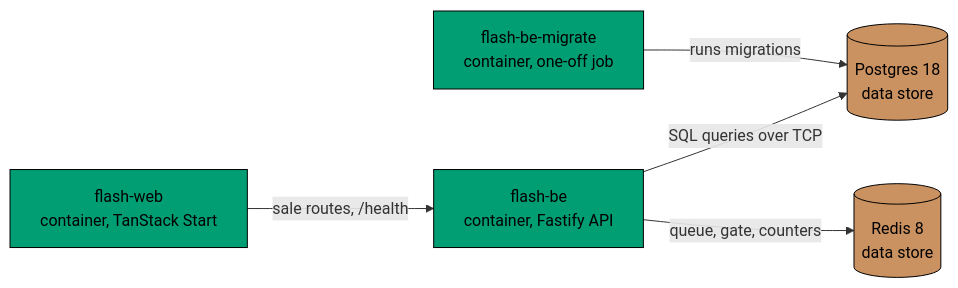
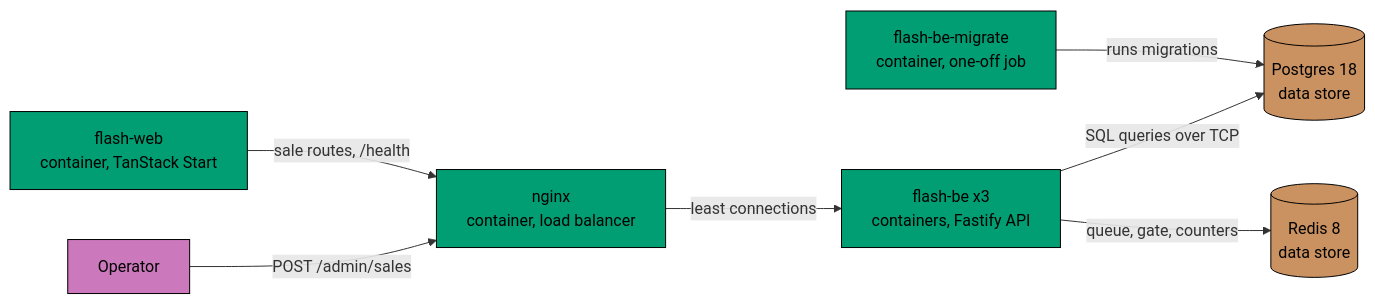
Before and after one commit to wahidyankf/coding-itv-js-flashsale: the diagram in specs/flash/architecture/containers.md, drawn with Mermaid. The commit also changed other lines of this file and 7 other files, not shown here.

First line of the commit message:
feat(deploy): run three API instances behind nginx in production

````diff
--- a/specs/flash/architecture/containers.md
+++ b/specs/flash/architecture/containers.md
@@ -6,19 +7,25 @@
 ```mermaid
 flowchart LR
   accTitle: Flash sale containers
-  accDescr: A shopper's browser talks only to the web app. The web app renders the sale page and passes the sale requests on to the API over HTTP. The API reads and writes Postgres and uses Redis for the queue, the reservation gate and the rate counters. A migration job runs once before the API starts and prepares the Postgres schema.
+  accDescr: A shopper's browser talks only to the web app. The web app renders the sale page and passes the sale requests on to nginx. Nginx spreads the requests over three identical API instances. The instances read and write one Postgres and use one Redis for the queue, the reservation gate and the rate counters. A migration job runs once before the instances start and prepares the Postgres schema. An operator reaches nginx directly to create a sale.
+  operator["Operator"]
   web["flash-web<br/>container, TanStack Start"]
-  be["flash-be<br/>container, Fastify API"]
+  lb["nginx<br/>container, load balancer"]
+  be["flash-be x3<br/>containers, Fastify API"]
   migrate["flash-be-migrate<br/>container, one-off job"]
   pg[("Postgres 18<br/>data store")]
   redis[("Redis 8<br/>data store")]
-  web -->|sale routes, /health| be
+  operator -->|POST /admin/sales| lb
+  web -->|sale routes, /health| lb
+  lb -->|least connections| be
   be -->|SQL queries over TCP| pg
   be -->|queue, gate, counters| redis
   migrate -->|runs migrations| pg
+  classDef person fill:#CC78BC,stroke:#000000,color:#000000
   classDef container fill:#029E73,stroke:#000000,color:#000000
   classDef store fill:#CA9161,stroke:#000000,color:#000000
   classDef default fill:#808080,stroke:#000000,color:#000000
-  class web,be,migrate container
+  class operator person
+  class web,lb,be,migrate container
   class pg,redis store
 ```
````
